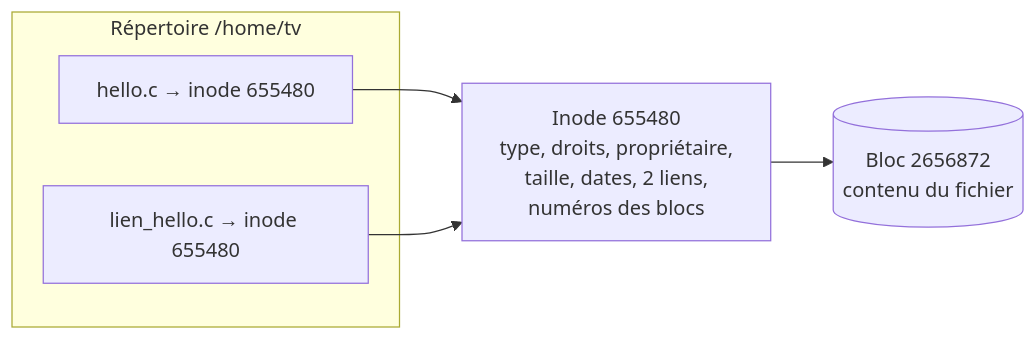
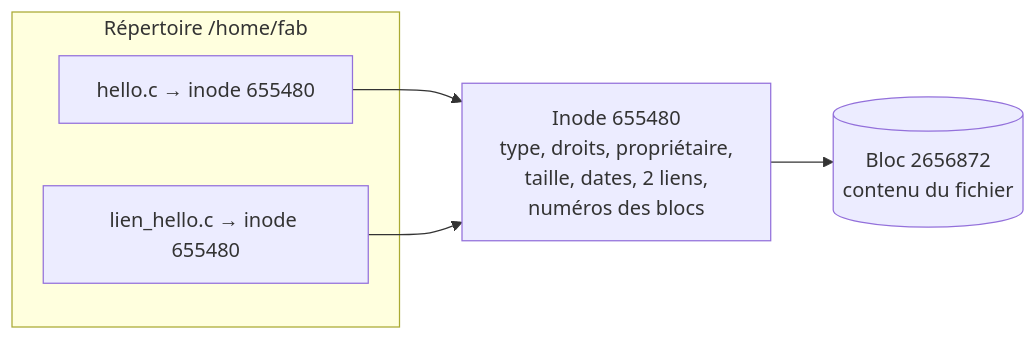
Before and after one commit to fabrice1618/intro_linux_tp: the diagram in img/src/inode.mmd, drawn with Mermaid. The commit also changed 34 other files, not shown here.

```diff
--- a/img/src/inode.mmd
+++ b/img/src/inode.mmd
@@ -1,10 +1,10 @@
 flowchart LR
-    subgraph REP["Répertoire /home/tv"]
+    subgraph REP["Répertoire /home/fab"]
         E1["hello.c → inode 655480"]
         E2["lien_hello.c → inode 655480"]
     end
     I["Inode 655480<br/>type, droits, propriétaire,<br/>taille, dates, 2 liens,<br/>numéros des blocs"]
     B[("Bloc 2656872<br/>contenu du fichier")]
     E1 --> I
     E2 --> I
     I --> B
```
